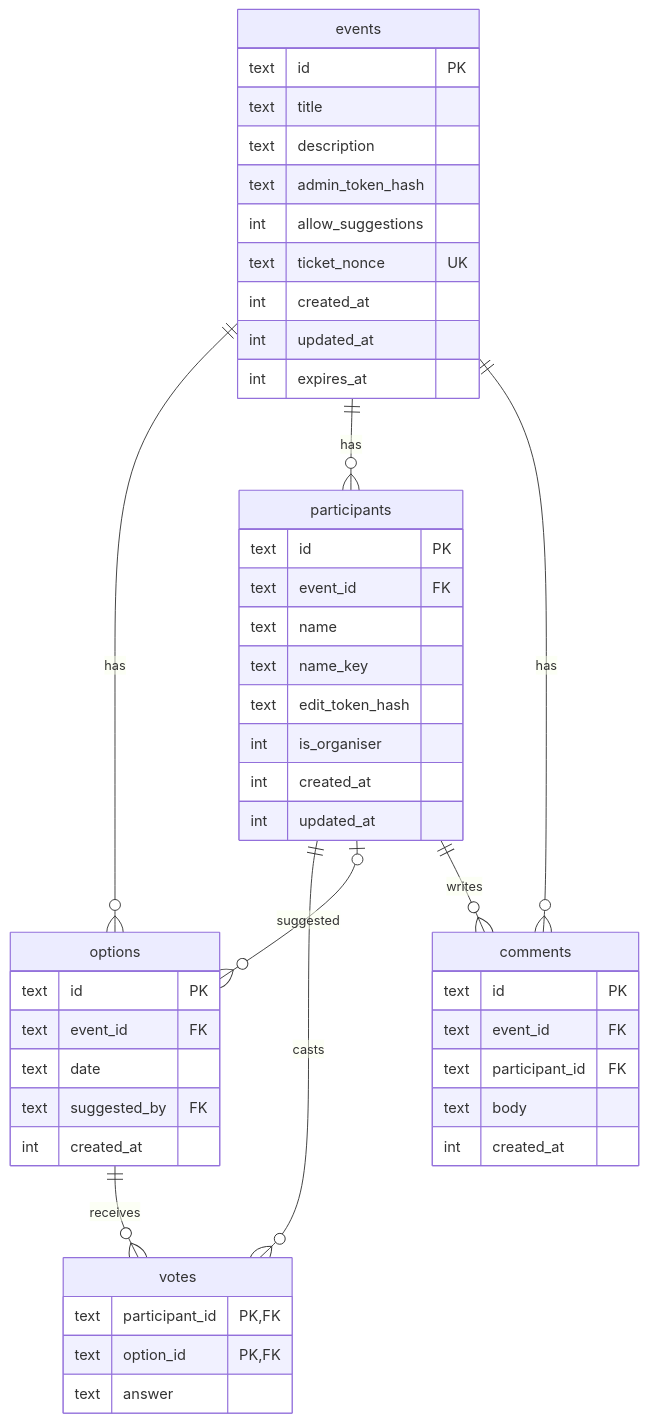
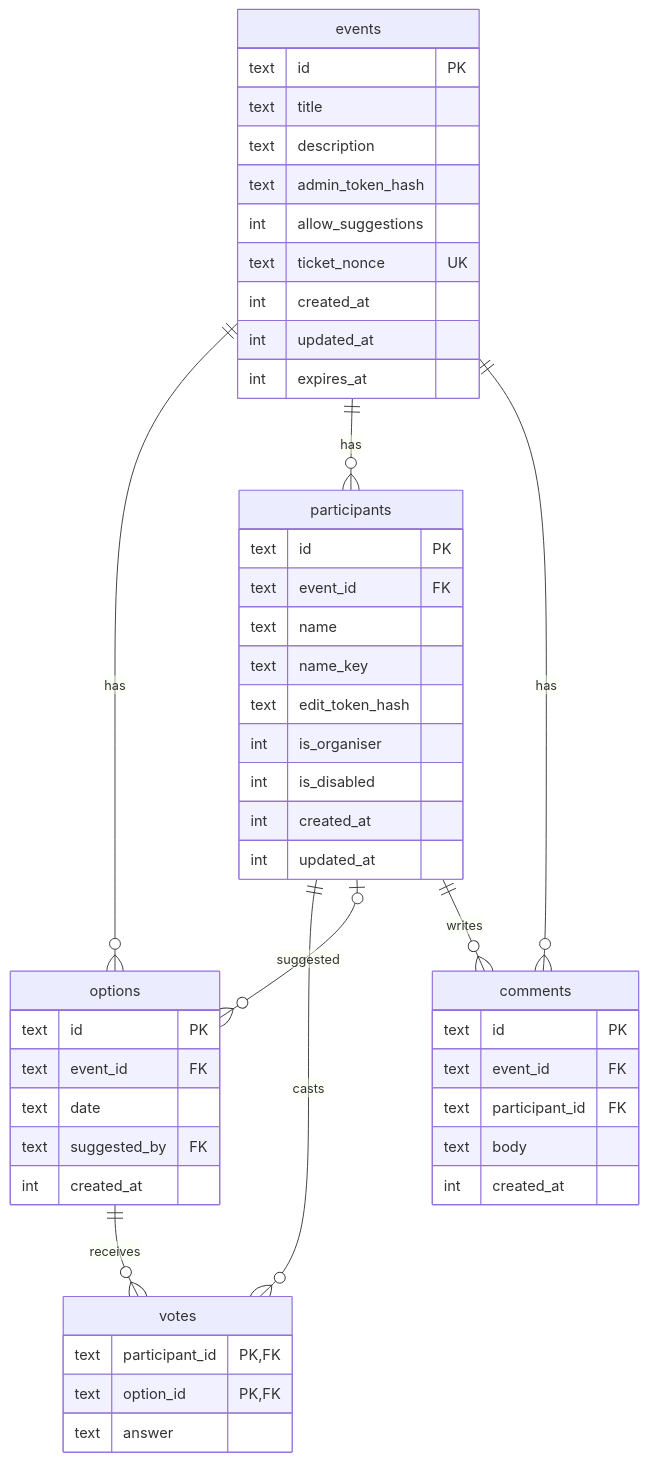
One commit to suomiton/pikadai changed the diagram in docs/database.md. Above: the diagram before and after it, drawn with Mermaid. The commit also changed other lines of this file and 38 other files, not shown here.

````diff
--- a/docs/database.md
+++ b/docs/database.md
@@ -12,51 +12,52 @@
 ```mermaid
 erDiagram
     events ||--o{ options : "has"
     events ||--o{ participants : "has"
     participants ||--o{ votes : "casts"
     options ||--o{ votes : "receives"
     participants |o--o{ options : "suggested"
     events ||--o{ comments : "has"
     participants ||--o{ comments : "writes"
 
     events {
         text id PK
         text title
         text description
         text admin_token_hash
         int  allow_suggestions
         text ticket_nonce UK
         int  created_at
         int  updated_at
         int  expires_at
     }
     options {
         text id PK
         text event_id FK
         text date
         text suggested_by FK
         int  created_at
     }
     participants {
         text id PK
         text event_id FK
         text name
         text name_key
         text edit_token_hash
         int  is_organiser
+        int  is_disabled
         int  created_at
         int  updated_at
     }
     votes {
         text participant_id PK,FK
         text option_id PK,FK
         text answer
     }
     comments {
         text id PK
         text event_id FK
         text participant_id FK
         text body
         int  created_at
     }
 ```
````
